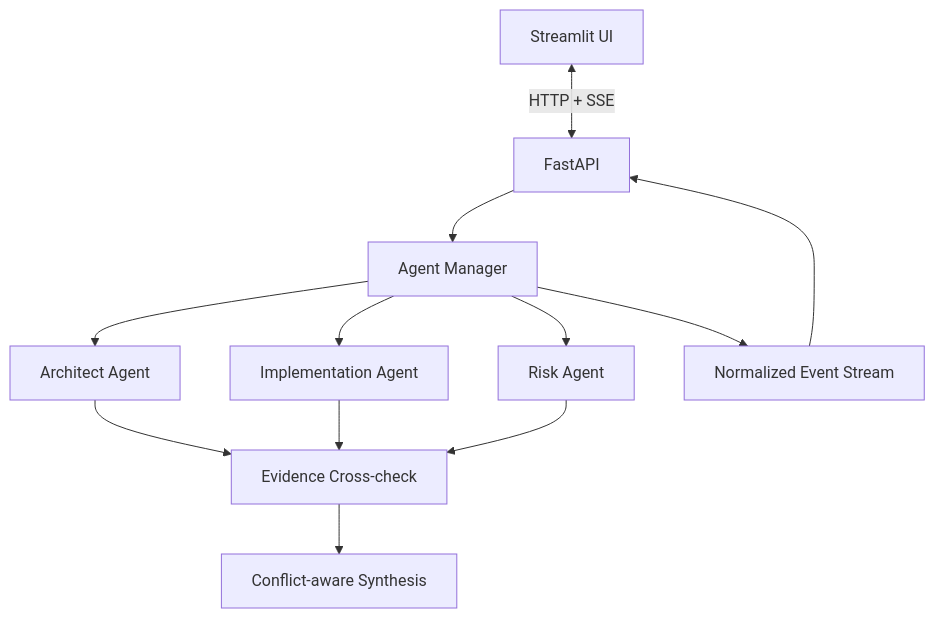
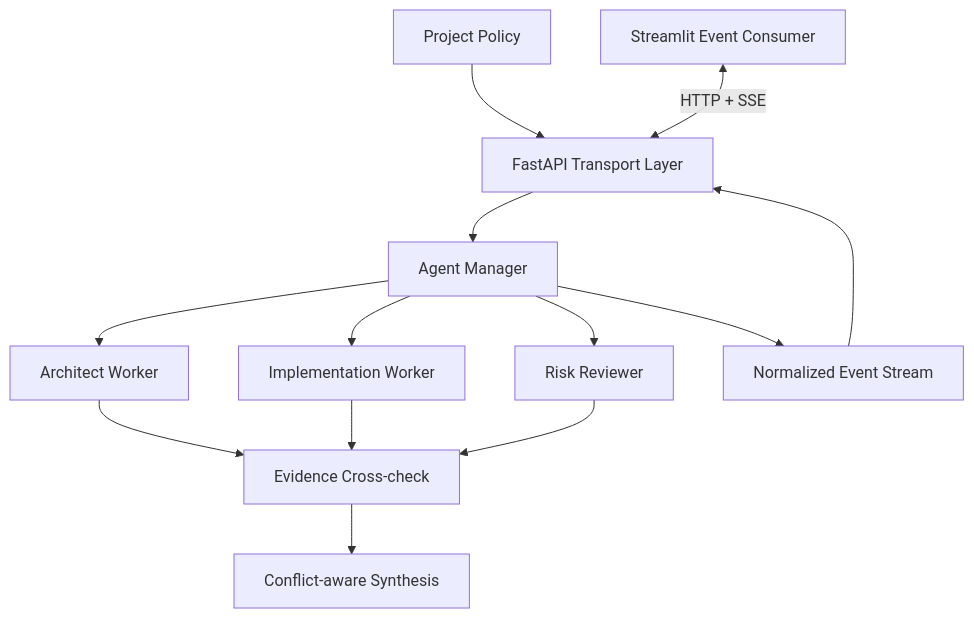
The first of 2 diagrams in README.md (haiox/Haiox-Orchestrator-Architecture), drawn with Mermaid before and after one commit. The commit also changed other lines of this file, not shown here.

First line of the commit message:
docs: publish governed interaction architecture v1.1

````diff
--- a/README.md
+++ b/README.md
@@ -20,14 +30,26 @@
 ```mermaid
 flowchart TB
-    UI[Streamlit UI] <-->|HTTP + SSE| API[FastAPI]
-    API --> M[Agent Manager]
-    M --> A[Architect Agent]
-    M --> B[Implementation Agent]
-    M --> C[Risk Agent]
-    A --> E[Evidence Cross-check]
-    B --> E
+    PM[Project Policy]
+    UI[Streamlit Event Consumer]
+    API[FastAPI Transport Layer]
+    MGR[Agent Manager]
+    BUS[Normalized Event Stream]
+    A[Architect Worker]
+    C[Implementation Worker]
+    R[Risk Reviewer]
+    E[Evidence Cross-check]
+    S[Conflict-aware Synthesis]
+
+    PM --> API
+    UI <-->|HTTP + SSE| API
+    API --> MGR
+    MGR --> A
+    MGR --> C
+    MGR --> R
+    A --> E
     C --> E
-    E --> S[Conflict-aware Synthesis]
-    M --> V[Normalized Event Stream]
-    V --> API
+    R --> E
+    E --> S
+    MGR --> BUS
+    BUS --> API
 ```
````
